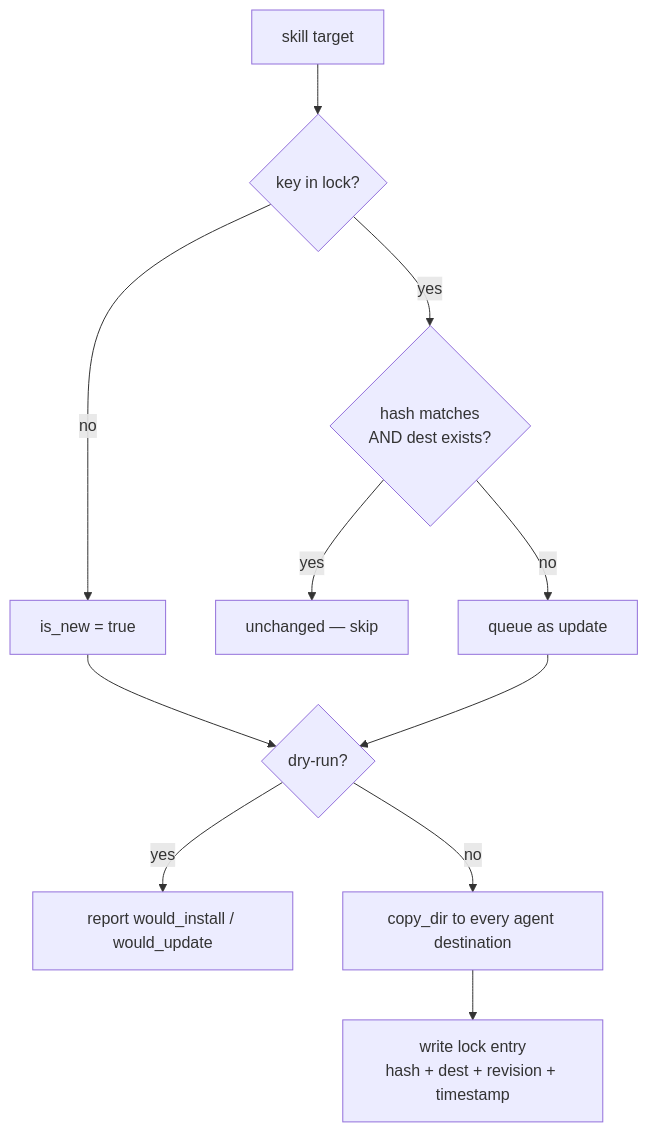
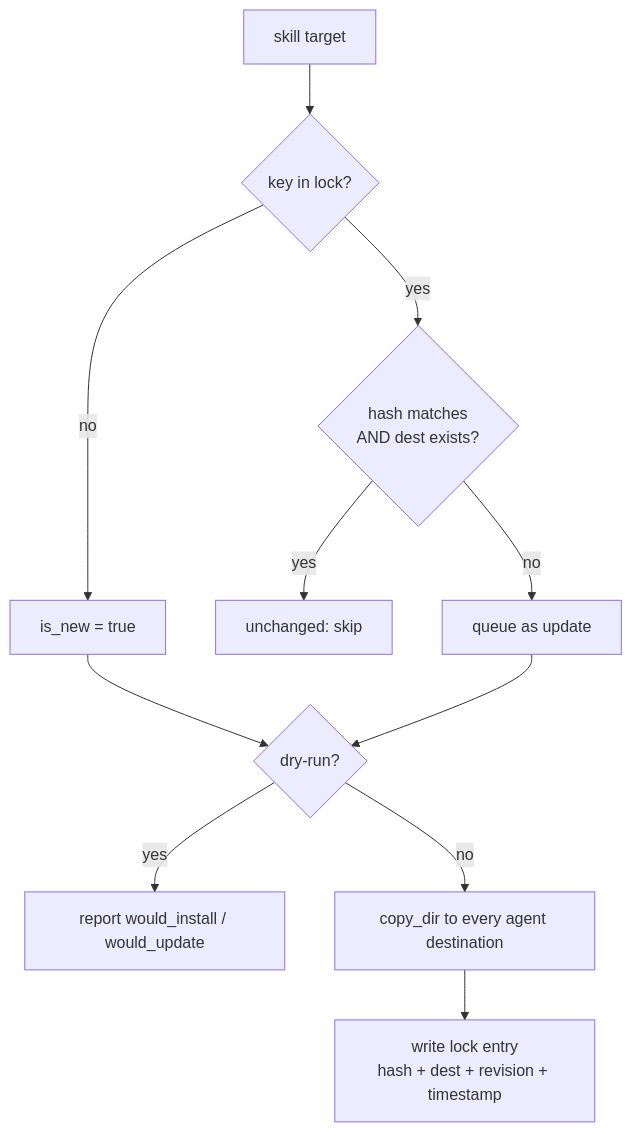
Before and after one commit to pivoshenko/kasetto: the fifth of 10 diagrams in site/content/docs/sync-flow.mdx, drawn with Mermaid. The commit also changed other lines of this file and 23 other files, not shown here.

````diff
--- a/site/content/docs/sync-flow.mdx
+++ b/site/content/docs/sync-flow.mdx
@@ -111,15 +111,15 @@
 ```mermaid
 flowchart TD
     A[skill target] --> B{key in lock?}
 
     B -->|no| C[is_new = true]
     B -->|yes| D{hash matches\nAND dest exists?}
-    D -->|yes| E[unchanged — skip]
+    D -->|yes| E[unchanged: skip]
     D -->|no| F[queue as update]
 
     C --> G{dry-run?}
     F --> G
     G -->|yes| H[report would_install / would_update]
     G -->|no| I[copy_dir to every agent destination]
     I --> J[write lock entry\nhash + dest + revision + timestamp]
 ```
````
